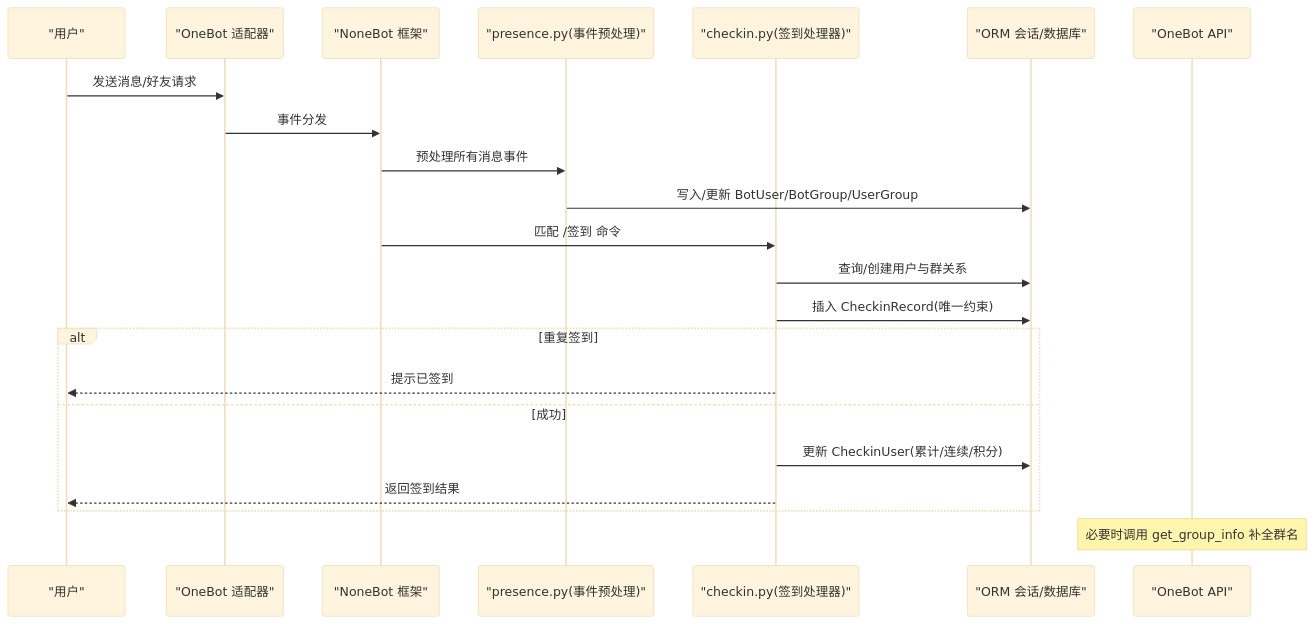
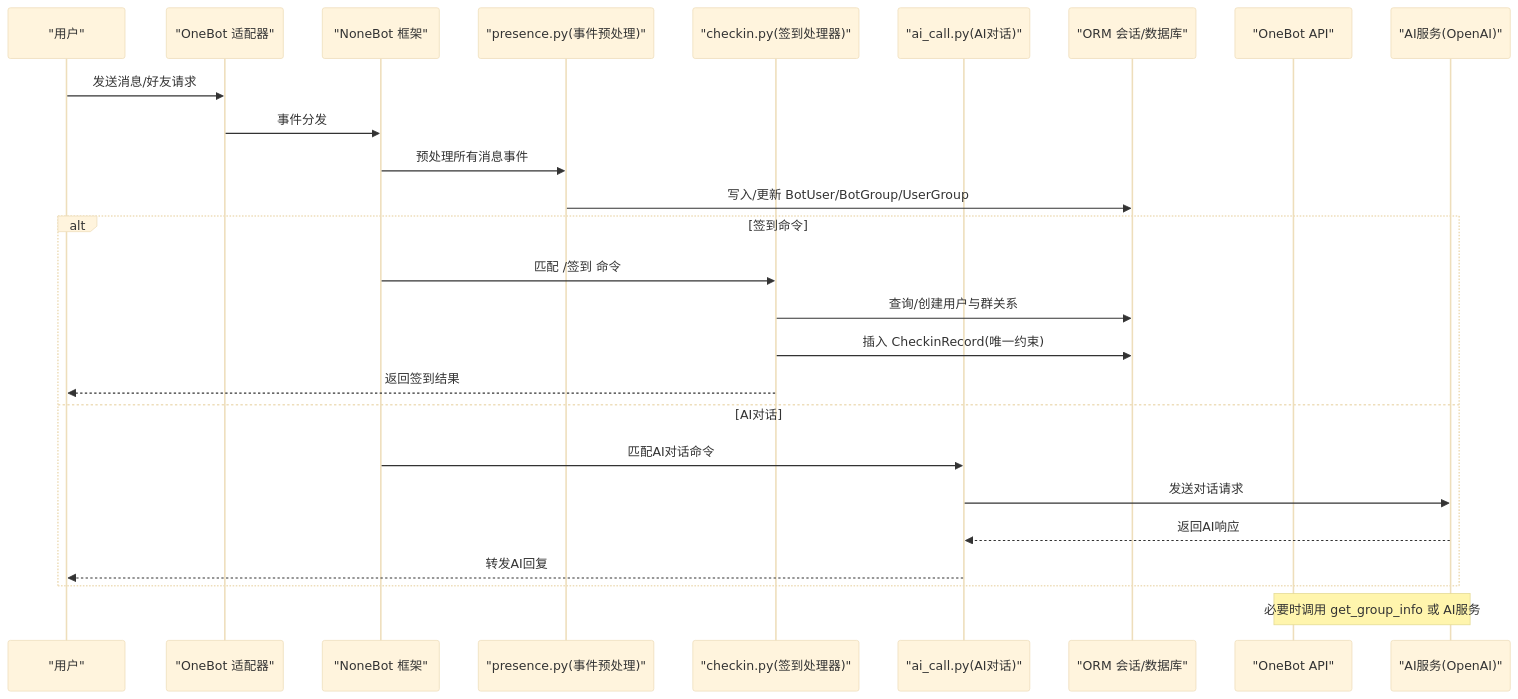
Before and after one commit to Wohaokunr/yawn_bot: the second of 8 diagrams in .qoder/repowiki/zh/content/核心功能模块/核心功能模块.md, drawn with Mermaid (base theme). The commit also changed other lines of this file and 13 other files, not shown here.

````diff
--- a/.qoder/repowiki/zh/content/核心功能模块/核心功能模块.md
+++ b/.qoder/repowiki/zh/content/核心功能模块/核心功能模块.md
@@ -96,24 +115,28 @@
 ```mermaid
 sequenceDiagram
 participant U as "用户"
 participant OB as "OneBot 适配器"
 participant NB as "NoneBot 框架"
 participant P as "presence.py(事件预处理)"
 participant H as "checkin.py(签到处理器)"
+participant AI as "ai_call.py(AI对话)"
 participant DB as "ORM 会话/数据库"
 participant API as "OneBot API"
+participant LLM as "AI服务(OpenAI)"
 U->>OB : 发送消息/好友请求
 OB->>NB : 事件分发
 NB->>P : 预处理所有消息事件
 P->>DB : 写入/更新 BotUser/BotGroup/UserGroup
+alt 签到命令
 NB->>H : 匹配 /签到 命令
 H->>DB : 查询/创建用户与群关系
 H->>DB : 插入 CheckinRecord(唯一约束)
-alt 重复签到
-H-->>U : 提示已签到
-else 成功
-H->>DB : 更新 CheckinUser(累计/连续/积分)
 H-->>U : 返回签到结果
+else AI对话
+NB->>AI : 匹配AI对话命令
+AI->>LLM : 发送对话请求
+LLM-->>AI : 返回AI响应
+AI-->>U : 转发AI回复
 end
-Note over API : 必要时调用 get_group_info 补全群名
+Note over API,LLM : 必要时调用 get_group_info 或 AI服务
 ```
````
